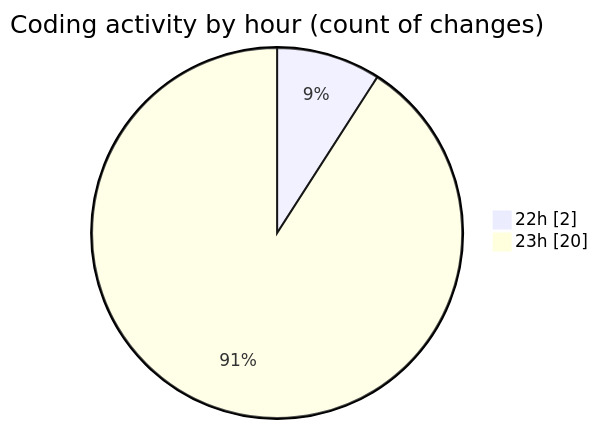
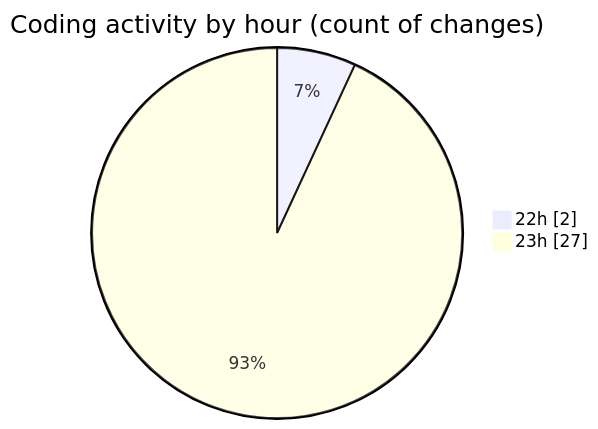
Before and after one commit to momahboobian/code-tracking: the second of 2 diagrams in 2025-02-22/samplepdf/README.md, drawn with Mermaid. The commit also changed other lines of this file and 1 other file, not shown here.

````diff
--- a/2025-02-22/samplepdf/README.md
+++ b/2025-02-22/samplepdf/README.md
@@ -31,6 +31,6 @@
 ```mermaid
 pie showData
 title Coding activity by hour (count of changes)
 "22h" : 2
-"23h" : 20
+"23h" : 27
 ```
````
